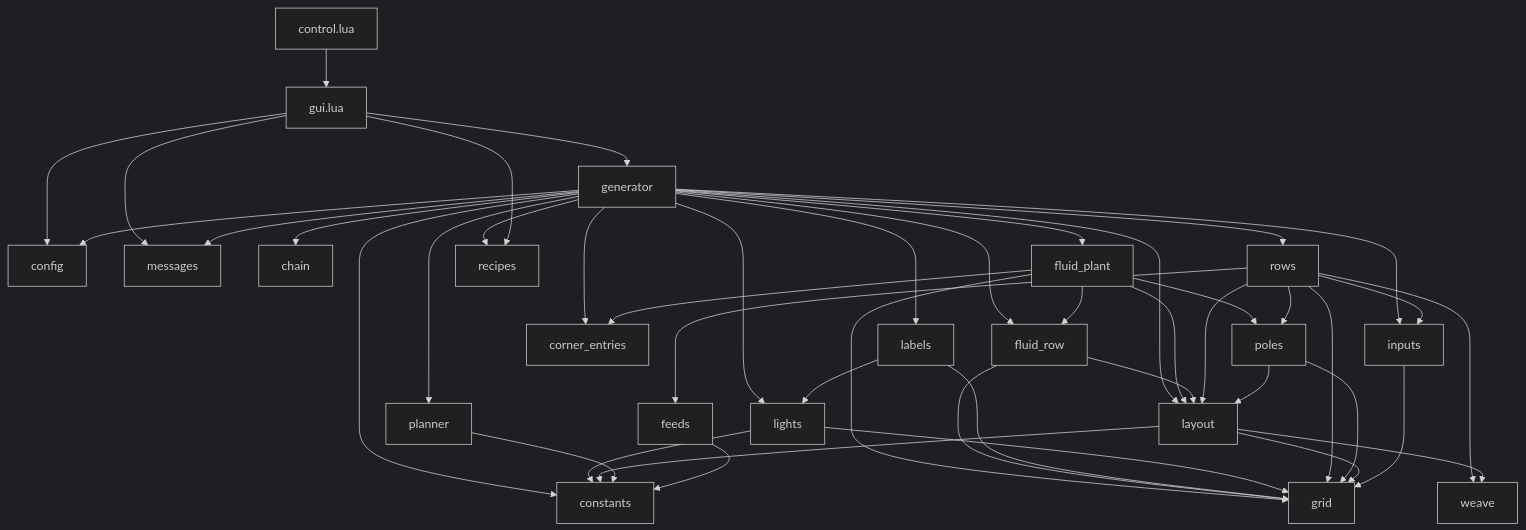
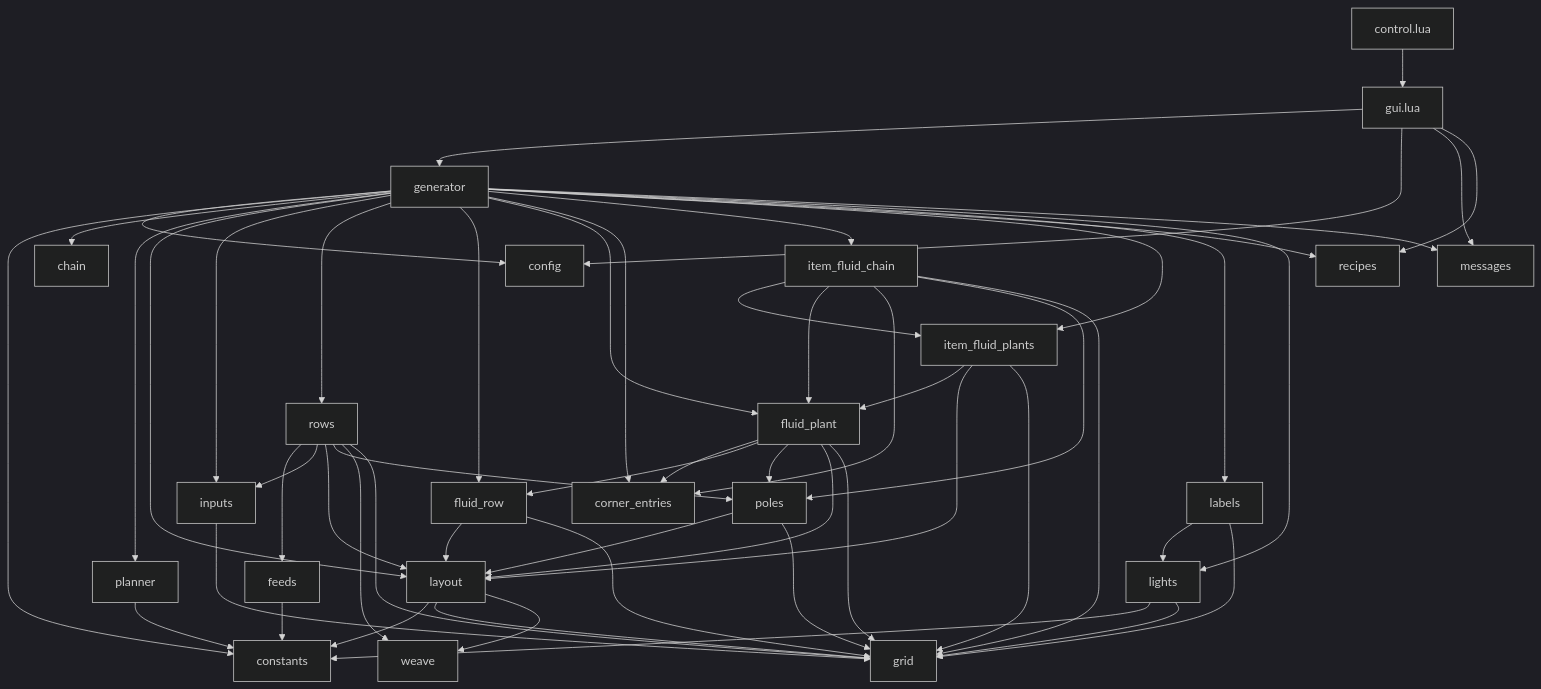
Before and after one commit to RibbonedAce/factorio-blueprint-generation: the second of 6 diagrams in TYPES.md, drawn with Mermaid (dark theme). The commit also changed other lines of this file and 20 other files, not shown here.

````diff
--- a/TYPES.md
+++ b/TYPES.md
@@ -65,47 +69,57 @@
 ```mermaid
 flowchart TD
   control["control.lua"] --> gui["gui.lua"]
   gui --> generator
   gui --> config
   gui --> messages
   generator --> config
   generator --> constants
   generator --> chain
   generator --> planner
   generator --> layout
   generator --> inputs
   generator --> rows
   generator --> fluid_row
   generator --> fluid_plant
   generator --> corner_entries
+  generator --> item_fluid_chain
+  generator --> item_fluid_plants
+  item_fluid_chain --> item_fluid_plants
+  item_fluid_chain --> fluid_plant
+  item_fluid_chain --> corner_entries
+  item_fluid_chain --> poles
+  item_fluid_chain --> grid
+  item_fluid_plants --> fluid_plant
+  item_fluid_plants --> layout
+  item_fluid_plants --> grid
   fluid_plant --> corner_entries
   fluid_plant --> fluid_row
   fluid_plant --> poles
   fluid_plant --> layout
   fluid_plant --> grid
   generator --> recipes
   gui --> recipes
   fluid_row --> layout
   fluid_row --> grid
   generator --> labels
   generator --> lights
   labels --> lights
   labels --> grid
   generator --> messages
   lights --> constants
   lights --> grid
   rows --> feeds
   rows --> inputs
   rows --> layout
   rows --> poles
   rows --> weave
   rows --> grid
   poles --> layout
   poles --> grid
   layout --> constants
   layout --> grid
   layout --> weave
   planner --> constants
   feeds --> constants
   inputs --> grid
 ```
````
